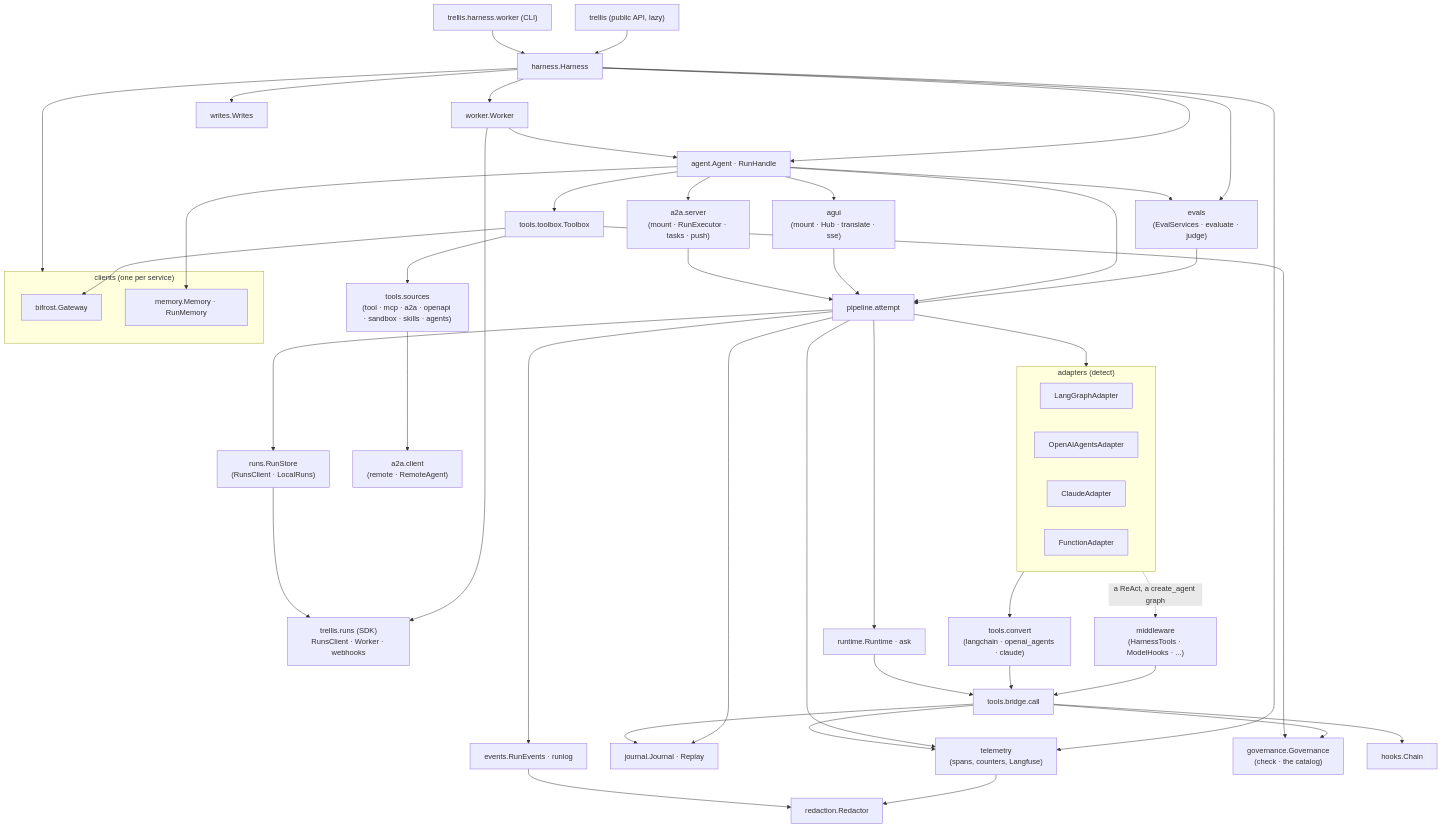
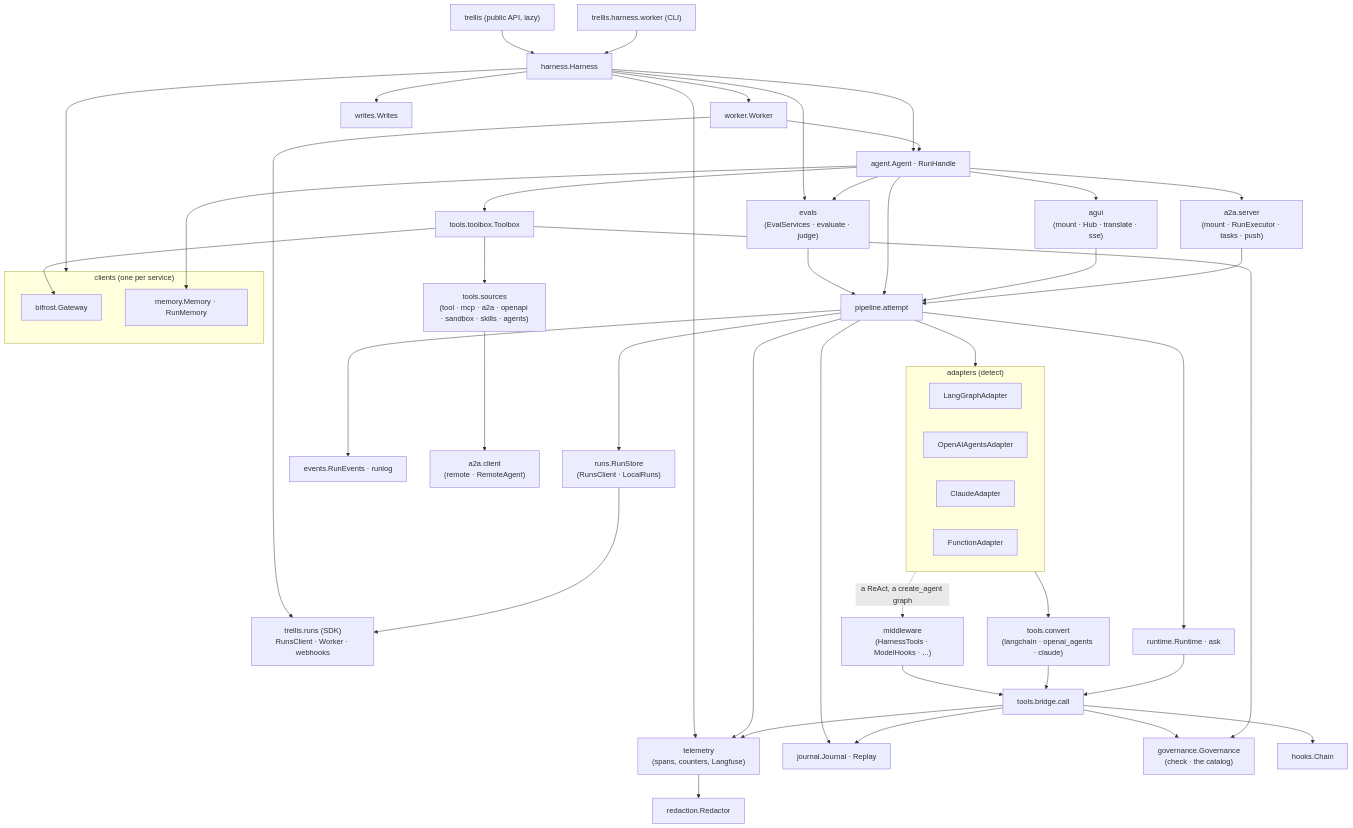
The fourth of 10 diagrams in docs/architecture.md (amitmohapatra/agent-harness), drawn with Mermaid before and after one commit. The commit also changed other lines of this file and 47 other files, not shown here.

````diff
--- a/docs/architecture.md
+++ b/docs/architecture.md
@@ -218,56 +218,55 @@
 ```mermaid
 flowchart TB
   api["trellis (public API, lazy)"] --> harness["harness.Harness"]
   cli["trellis.harness.worker (CLI)"] --> harness
   harness --> agent["agent.Agent · RunHandle"]
   harness --> workerm["worker.Worker"]
   harness --> writes["writes.Writes"]
   harness --> telemetry["telemetry<br/>(spans, counters, Langfuse)"]
   harness --> evals["evals<br/>(EvalServices · evaluate · judge)"]
   agent --> evals
   evals --> pipeline
   workerm --> agent
   workerm --> sdk
   agent --> pipeline["pipeline.attempt"]
   agent --> agui["agui<br/>(mount · Hub · translate · sse)"]
   agent --> a2aserver["a2a.server<br/>(mount · RunExecutor · tasks · push)"]
   agui --> pipeline
   a2aserver --> pipeline
   pipeline --> runtime["runtime.Runtime · ask"]
   pipeline --> journal["journal.Journal · Replay"]
   pipeline --> events["events.RunEvents · runlog"]
   pipeline --> adapters
   subgraph adapters["adapters (detect)"]
     langgraph["LangGraphAdapter"]
     openai["OpenAIAgentsAdapter"]
     claude["ClaudeAdapter"]
     function["FunctionAdapter"]
   end
   adapters --> convert["tools.convert<br/>(langchain · openai_agents · claude)"]
   adapters -. "a ReAct, a create_agent graph" .-> middleware["middleware<br/>(HarnessTools · ModelHooks · ...)"]
   middleware --> bridge
   convert --> bridge["tools.bridge.call"]
   runtime --> bridge
   bridge --> governance["governance.Governance<br/>(check · the catalog)"]
   bridge --> journal
   bridge --> hooks["hooks.Chain"]
   agent --> toolbox["tools.toolbox.Toolbox"]
   toolbox --> governance
   toolbox --> sources["tools.sources<br/>(tool · mcp · a2a · openapi · sandbox · skills · agents)"]
   sources --> a2aclient["a2a.client<br/>(remote · RemoteAgent)"]
   subgraph clients["clients (one per service)"]
     bifrost["bifrost.Gateway"]
     memory["memory.Memory · RunMemory"]
   end
   runs["runs.RunStore<br/>(RunsClient · LocalRuns)"]
   sdk["trellis.runs (SDK)<br/>RunsClient · Worker · webhooks"]
   toolbox --> bifrost
   agent --> memory
   pipeline --> runs
   harness --> clients
   runs --> sdk
   telemetry --> redaction["redaction.Redactor"]
-  events --> redaction
   pipeline --> telemetry
   bridge --> telemetry
 ```
````
